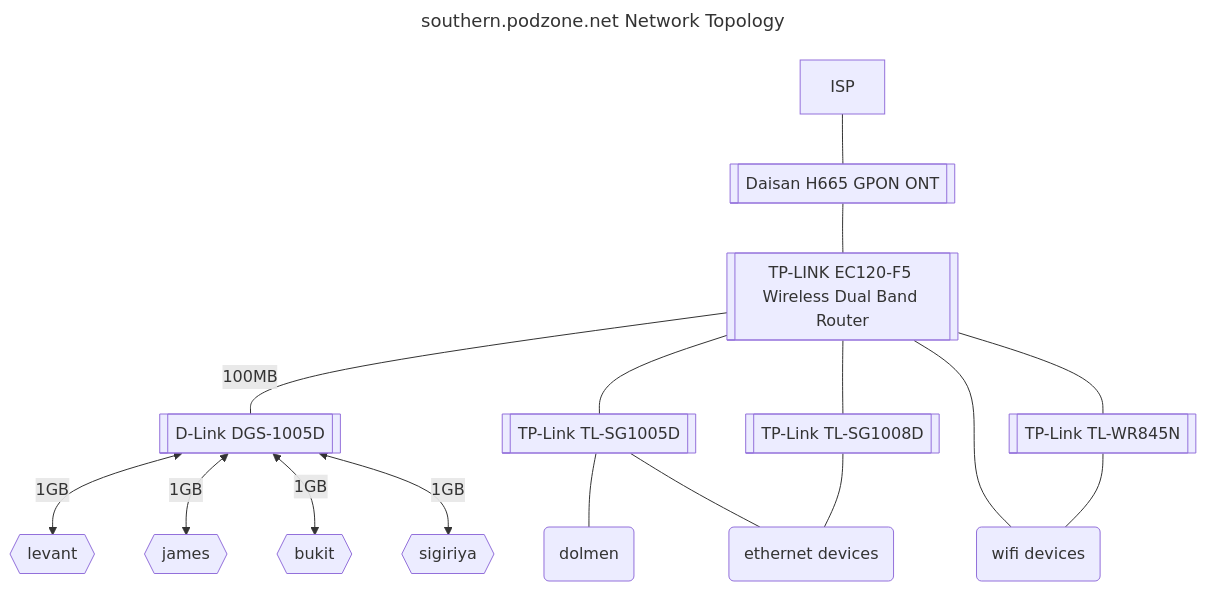
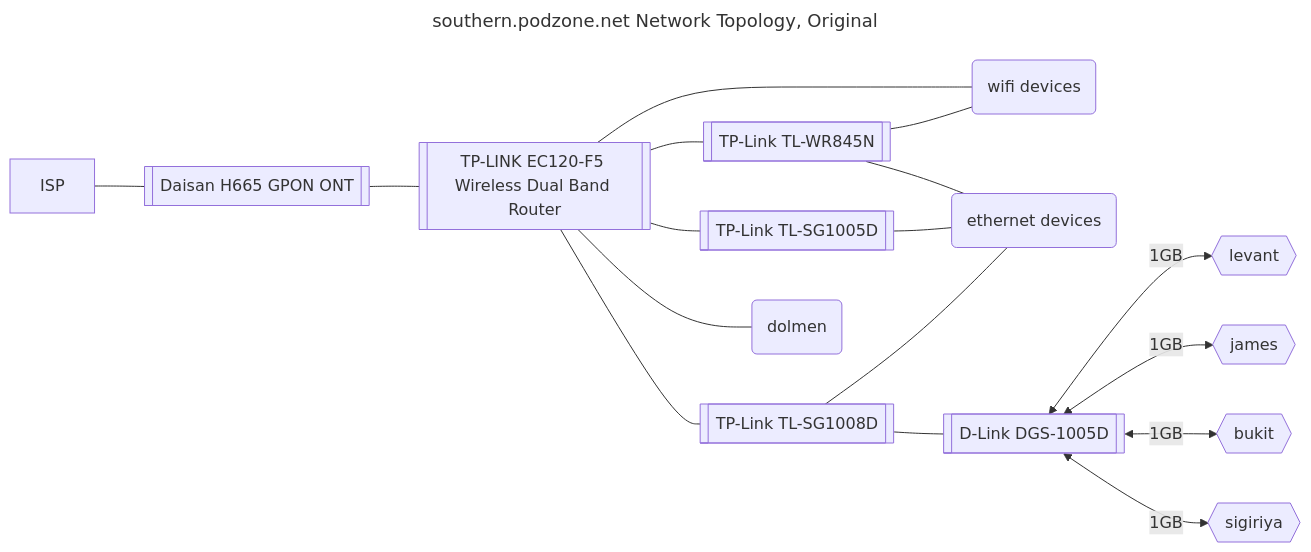
Before and after one commit to MoTTTT/QApps: the first of 4 diagrams in README.md, drawn with Mermaid. The commit also changed other lines of this file and 22 other files, not shown here.

````diff
--- a/README.md
+++ b/README.md
@@ -103,40 +132,37 @@
 ```mermaid
 ---
-title: southern.podzone.net Network Topology
+title: southern.podzone.net Network Topology, Original
 ---
-graph TD
+graph LR
 
 ISP --- ont
 ont --- router
-router ---|100MB| switch1
 router --- switch2
 router ---switch3
 router --- ap1
 router --- other2
-
+router --- workstation
+ap1 --- other1
+ap1 --- other2
+switch2 --- other1
+switch3 --- switch1
+switch3 --- other1
 switch1 <-->|1GB| k8s1
 switch1 <-->|1GB| k8s2
 switch1 <-->|1GB| k8s3
 switch1 <-->|1GB| k8s4
-
-switch2 --- workstation
-
-ap1 --- other2
-switch2 --- other1
-switch3 --- other1
-
 
 ont[[Daisan H665 GPON ONT]]
 router[[TP-LINK EC120-F5 Wireless Dual Band Router]]
 switch1[[D-Link DGS-1005D]]
 switch2[[TP-Link TL-SG1005D]]
 switch3[[TP-Link TL-SG1008D]]
 ap1[[TP-Link TL-WR845N]]
 other1(ethernet devices)
 other2(wifi devices)
 k8s1{{levant}}
 k8s2{{james}}
 k8s3{{bukit}}
 k8s4{{sigiriya}}
 workstation(dolmen)
 ```
````
